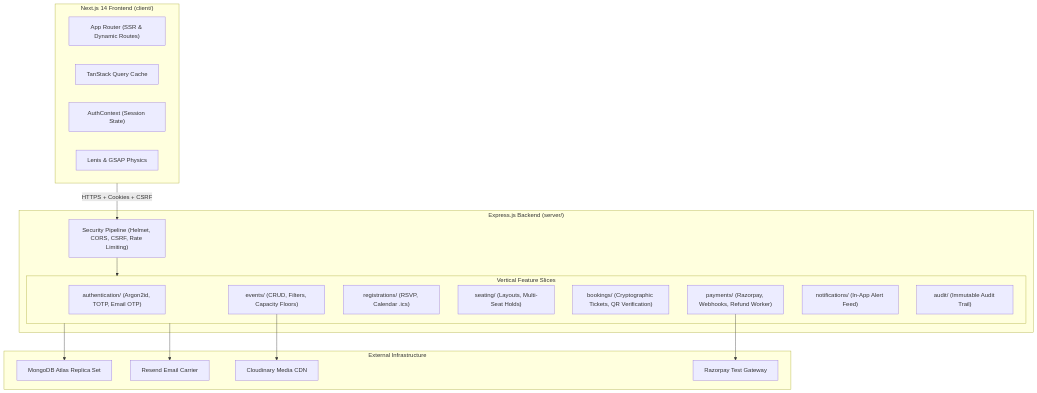
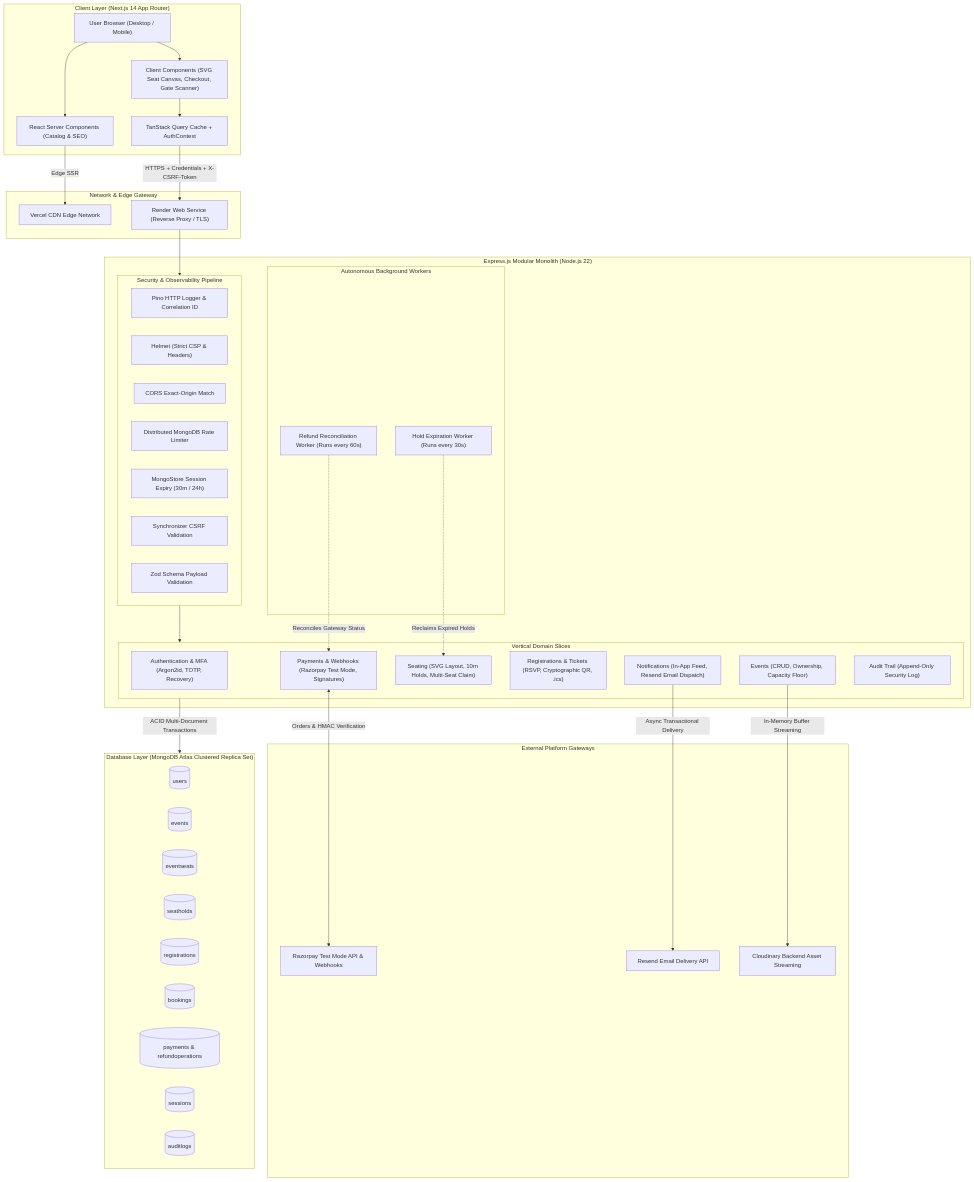
One commit to OmSardar/Eventora changed the diagram in README.md. Above: the diagram before and after it, drawn with Mermaid. The commit also changed other lines of this file and 27 other files, not shown here.

````diff
--- a/README.md
+++ b/README.md
@@ -64,38 +140,75 @@
 ```mermaid
 flowchart TD
-    subgraph Client ["Next.js 14 Frontend (client/)"]
-        AppRouter["App Router (SSR & Dynamic Routes)"]
-        QueryCache["TanStack Query Cache"]
-        AuthContext["AuthContext (Session State)"]
-        LenisScroll["Lenis & GSAP Physics"]
+    subgraph ClientLayer ["Client Layer (Next.js 14 App Router)"]
+        Browser["User Browser (Desktop / Mobile)"]
+        RSC["React Server Components (Catalog & SEO)"]
+        ClientIsland["Client Components (SVG Seat Canvas, Checkout, Gate Scanner)"]
+        QueryClient["TanStack Query Cache + AuthContext"]
+        Browser --> RSC
+        Browser --> ClientIsland
+        ClientIsland --> QueryClient
     end
 
-    subgraph Backend ["Express.js Backend (server/)"]
-        SecurityMW["Security Pipeline (Helmet, CORS, CSRF, Rate Limiting)"]
-        
-        subgraph DomainSlices ["Vertical Feature Slices"]
-            AuthSlice["authentication/ (Argon2id, TOTP, Email OTP)"]
-            EventSlice["events/ (CRUD, Filters, Capacity Floors)"]
-            RegSlice["registrations/ (RSVP, Calendar .ics)"]
-            SeatingSlice["seating/ (Layouts, Multi-Seat Holds)"]
-            BookingSlice["bookings/ (Cryptographic Tickets, QR Verification)"]
-            PaymentSlice["payments/ (Razorpay, Webhooks, Refund Worker)"]
-            NotifSlice["notifications/ (In-App Alert Feed)"]
-            AuditSlice["audit/ (Immutable Audit Trail)"]
-        end
+    subgraph GatewayLayer ["Network & Edge Gateway"]
+        VercelEdge["Vercel CDN Edge Network"]
+        RenderGateway["Render Web Service (Reverse Proxy / TLS)"]
+        RSC -->|Edge SSR| VercelEdge
+        QueryClient -->|HTTPS + Credentials + X-CSRF-Token| RenderGateway
     end
 
-    subgraph External ["External Infrastructure"]
-        Atlas["MongoDB Atlas Replica Set"]
-        RazorpayGateway["Razorpay Test Gateway"]
-        ResendMail["Resend Email Carrier"]
-        CloudinaryCDN["Cloudinary Media CDN"]
+    subgraph BackendMonolith ["Express.js Modular Monolith (Node.js 22)"]
+        subgraph Pipeline ["Security & Observability Pipeline"]
+            PinoLog["Pino HTTP Logger & Correlation ID"]
+            HelmetSec["Helmet (Strict CSP & Headers)"]
+            CORSCheck["CORS Exact-Origin Match"]
+            RateLimiter["Distributed MongoDB Rate Limiter"]
+            SessionMW["MongoStore Session Expiry (30m / 24h)"]
+            CSRFGuard["Synchronizer CSRF Validation"]
+            ZodVal["Zod Schema Payload Validation"]
+        end
+
+        subgraph Slices ["Vertical Domain Slices"]
+            AuthSlice["Authentication & MFA (Argon2id, TOTP, Recovery)"]
+            EventSlice["Events (CRUD, Ownership, Capacity Floor)"]
+            SeatingSlice["Seating (SVG Layout, 10m Holds, Multi-Seat Claim)"]
+            RegSlice["Registrations & Tickets (RSVP, Cryptographic QR, .ics)"]
+            PaymentSlice["Payments & Webhooks (Razorpay Test Mode, Signatures)"]
+            NotifSlice["Notifications (In-App Feed, Resend Email Dispatch)"]
+            AuditSlice["Audit Trail (Append-Only Security Log)"]
+        end
+
+        subgraph Workers ["Autonomous Background Workers"]
+            HoldWorker["Hold Expiration Worker (Runs every 30s)"]
+            RefundWorker["Refund Reconciliation Worker (Runs every 60s)"]
+        end
+
+        RenderGateway --> Pipeline
+        Pipeline --> Slices
+        HoldWorker -.->|Reclaims Expired Holds| SeatingSlice
+        RefundWorker -.->|Reconciles Gateway Status| PaymentSlice
     end
 
-    Client -->|HTTPS + Cookies + CSRF| SecurityMW
-    SecurityMW --> DomainSlices
-    DomainSlices --> Atlas
-    PaymentSlice --> RazorpayGateway
-    DomainSlices --> ResendMail
-    EventSlice --> CloudinaryCDN
+    subgraph ExternalServices ["External Platform Gateways"]
+        RazorpayGateway["Razorpay Test Mode API & Webhooks"]
+        ResendAPI["Resend Email Delivery API"]
+        CloudinaryAPI["Cloudinary Backend Asset Streaming"]
+    end
+
+    subgraph DatabaseLayer ["Database Layer (MongoDB Atlas Clustered Replica Set)"]
+        UsersCol[("users")]
+        EventsCol[("events")]
+        SeatsCol[("eventseats")]
+        HoldsCol[("seatholds")]
+        RegsCol[("registrations")]
+        BookingsCol[("bookings")]
+        PaymentsCol[("payments & refundoperations")]
+        SessionsCol[("sessions")]
+        AuditCol[("auditlogs")]
+    end
+
+    PaymentSlice <-->|Orders & HMAC Verification| RazorpayGateway
+    NotifSlice -->|Async Transactional Delivery| ResendAPI
+    EventSlice -->|In-Memory Buffer Streaming| CloudinaryAPI
+
+    Slices -->|ACID Multi-Document Transactions| DatabaseLayer
 ```
````
